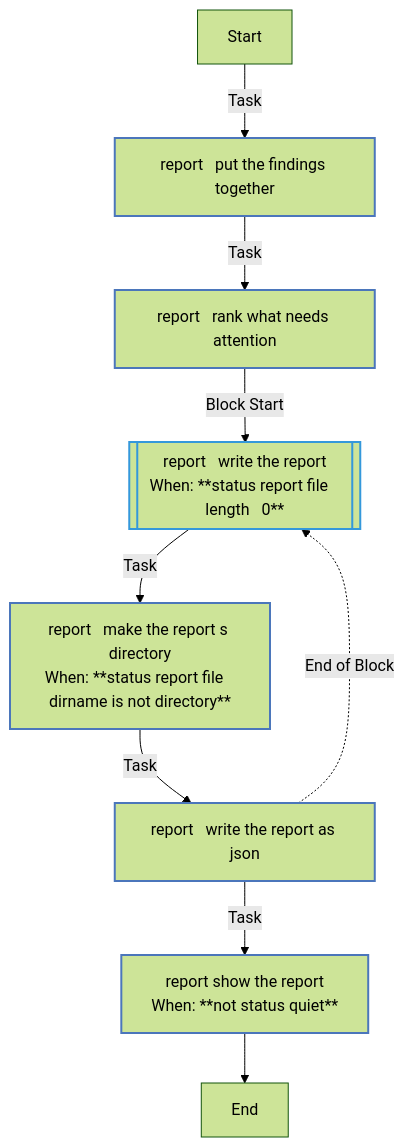
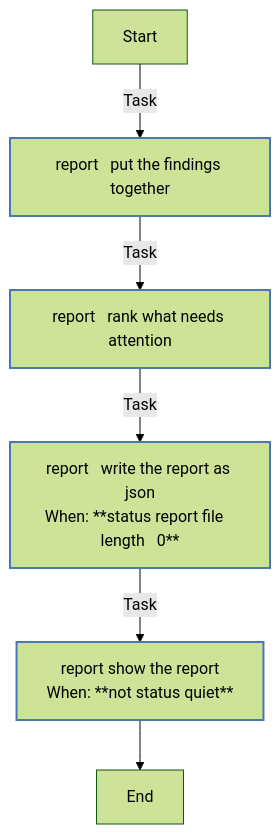
One commit to kawadeomkar/homeserver changed the fourth of 4 diagrams in roles/status/REFERENCE.md. Above: the diagram before and after it, drawn with Mermaid (forest theme). The commit also changed other lines of this file and 19 other files, not shown here.

````diff
--- a/roles/status/REFERENCE.md
+++ b/roles/status/REFERENCE.md
@@ -749,21 +769,18 @@
 ```mermaid
 flowchart TD
 Start
 classDef block stroke:#3498db,stroke-width:2px;
 classDef task stroke:#4b76bb,stroke-width:2px;
 classDef includeTasks stroke:#16a085,stroke-width:2px;
 classDef importTasks stroke:#34495e,stroke-width:2px;
 classDef includeRole stroke:#2980b9,stroke-width:2px;
 classDef importRole stroke:#699ba7,stroke-width:2px;
 classDef includeVars stroke:#8e44ad,stroke-width:2px;
 classDef rescue stroke:#665352,stroke-width:2px;
 
   Start-->|Task| report___Put_the_findings_together0[report   put the findings together]:::task
   report___Put_the_findings_together0-->|Task| report___Rank_what_needs_attention1[report   rank what needs attention]:::task
-  report___Rank_what_needs_attention1-->|Block Start| report___Write_the_report2_block_start_0[[report   write the report<br>When: **status report file   length   0**]]:::block
-  report___Write_the_report2_block_start_0-->|Task| report___Make_the_report_s_directory0[report   make the report s directory<br>When: **status report file   dirname is not directory**]:::task
-  report___Make_the_report_s_directory0-->|Task| report___Write_the_report_as_JSON1[report   write the report as json]:::task
-  report___Write_the_report_as_JSON1-.->|End of Block| report___Write_the_report2_block_start_0
-  report___Write_the_report_as_JSON1-->|Task| report___Show_the_report3[report   show the report<br>When: **not status quiet**]:::task
+  report___Rank_what_needs_attention1-->|Task| report___Write_the_report_as_JSON2[report   write the report as json<br>When: **status report file   length   0**]:::task
+  report___Write_the_report_as_JSON2-->|Task| report___Show_the_report3[report   show the report<br>When: **not status quiet**]:::task
   report___Show_the_report3-->End
 ```
````
